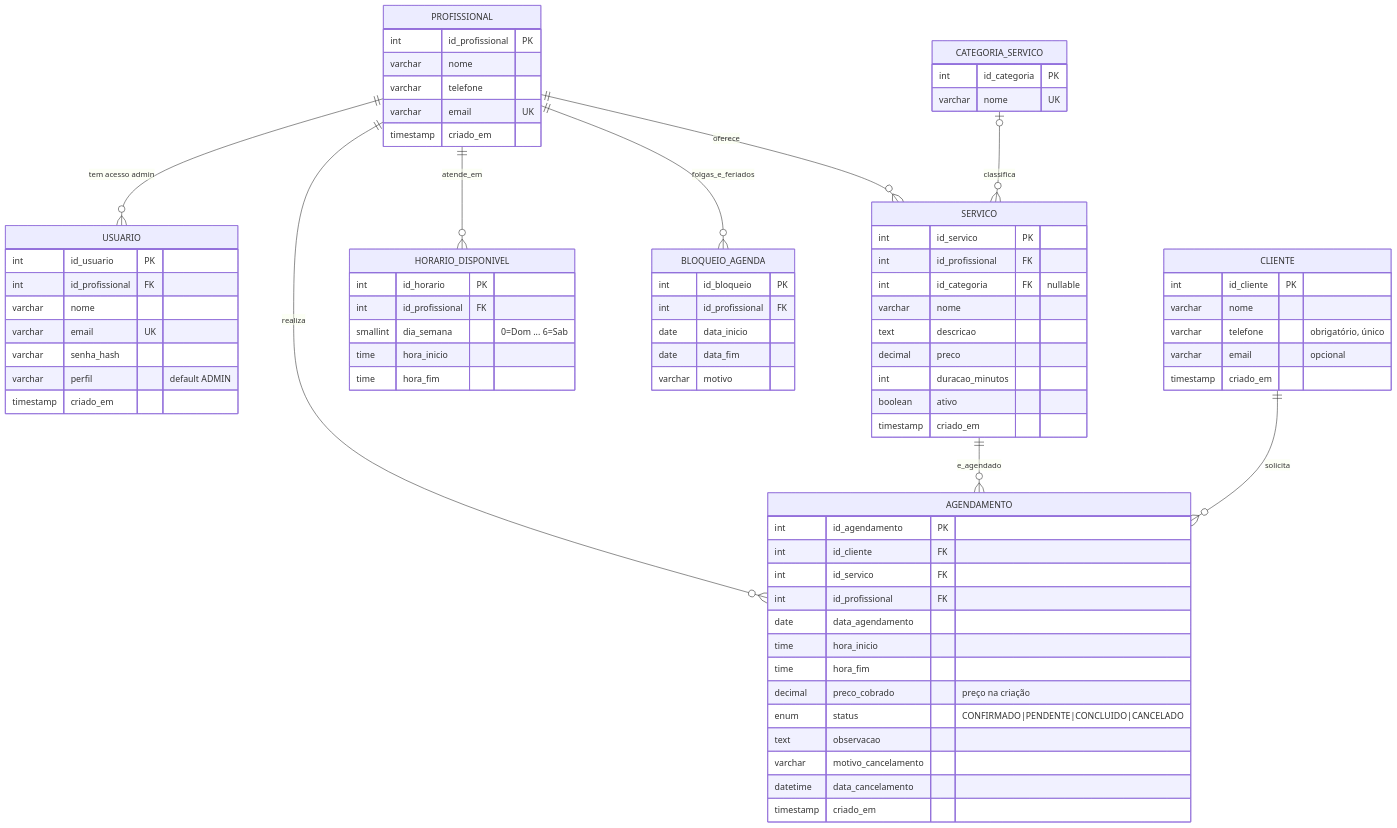
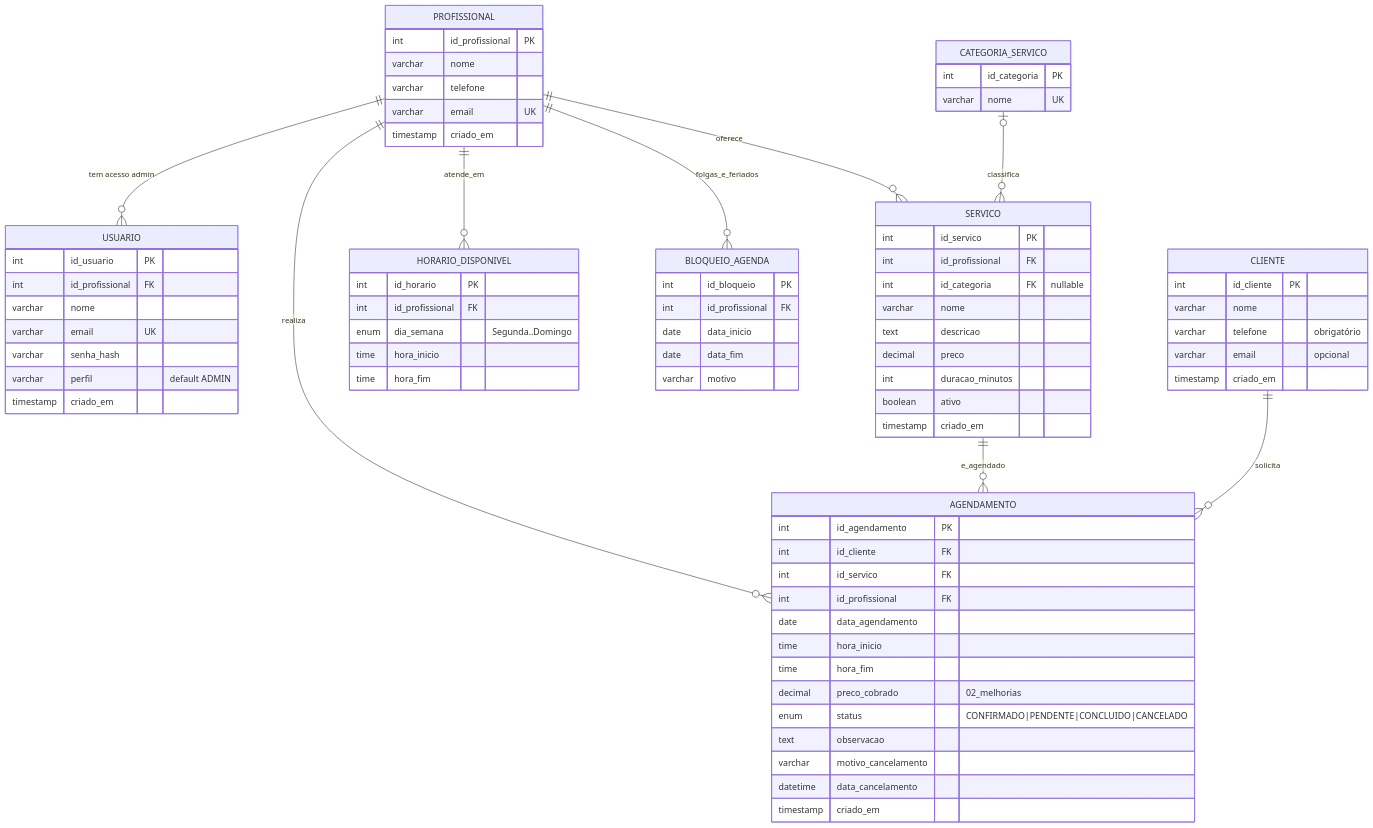
The first of 5 diagrams in docs/MODELAGEM.md (Random01-01/BD2), drawn with Mermaid before and after one commit. The commit also changed other lines of this file and 45 other files, not shown here.

````diff
--- a/docs/MODELAGEM.md
+++ b/docs/MODELAGEM.md
@@ -61,79 +59,79 @@
 ```mermaid
 erDiagram
     PROFISSIONAL ||--o{ USUARIO : "tem acesso admin"
     PROFISSIONAL ||--o{ SERVICO : oferece
     PROFISSIONAL ||--o{ HORARIO_DISPONIVEL : atende_em
     PROFISSIONAL ||--o{ BLOQUEIO_AGENDA : folgas_e_feriados
     PROFISSIONAL ||--o{ AGENDAMENTO : realiza
     CATEGORIA_SERVICO |o--o{ SERVICO : classifica
     SERVICO ||--o{ AGENDAMENTO : e_agendado
     CLIENTE ||--o{ AGENDAMENTO : solicita
 
     PROFISSIONAL {
         int id_profissional PK
         varchar nome
         varchar telefone
         varchar email UK
         timestamp criado_em
     }
     USUARIO {
         int id_usuario PK
         int id_profissional FK
         varchar nome
         varchar email UK
         varchar senha_hash
         varchar perfil "default ADMIN"
         timestamp criado_em
     }
     CATEGORIA_SERVICO {
         int id_categoria PK
         varchar nome UK
     }
     SERVICO {
         int id_servico PK
         int id_profissional FK
         int id_categoria FK "nullable"
         varchar nome
         text descricao
         decimal preco
         int duracao_minutos
         boolean ativo
         timestamp criado_em
     }
     HORARIO_DISPONIVEL {
         int id_horario PK
         int id_profissional FK
-        smallint dia_semana "0=Dom ... 6=Sab"
+        enum dia_semana "Segunda..Domingo"
         time hora_inicio
         time hora_fim
     }
     BLOQUEIO_AGENDA {
         int id_bloqueio PK
         int id_profissional FK
         date data_inicio
         date data_fim
         varchar motivo
     }
     CLIENTE {
         int id_cliente PK
         varchar nome
-        varchar telefone "obrigatório, único"
+        varchar telefone "obrigatório"
         varchar email "opcional"
         timestamp criado_em
     }
     AGENDAMENTO {
         int id_agendamento PK
         int id_cliente FK
         int id_servico FK
         int id_profissional FK
         date data_agendamento
         time hora_inicio
         time hora_fim
-        decimal preco_cobrado "preço na criação"
+        decimal preco_cobrado "02_melhorias"
         enum status "CONFIRMADO|PENDENTE|CONCLUIDO|CANCELADO"
         text observacao
         varchar motivo_cancelamento
         datetime data_cancelamento
         timestamp criado_em
     }
 ```
````
